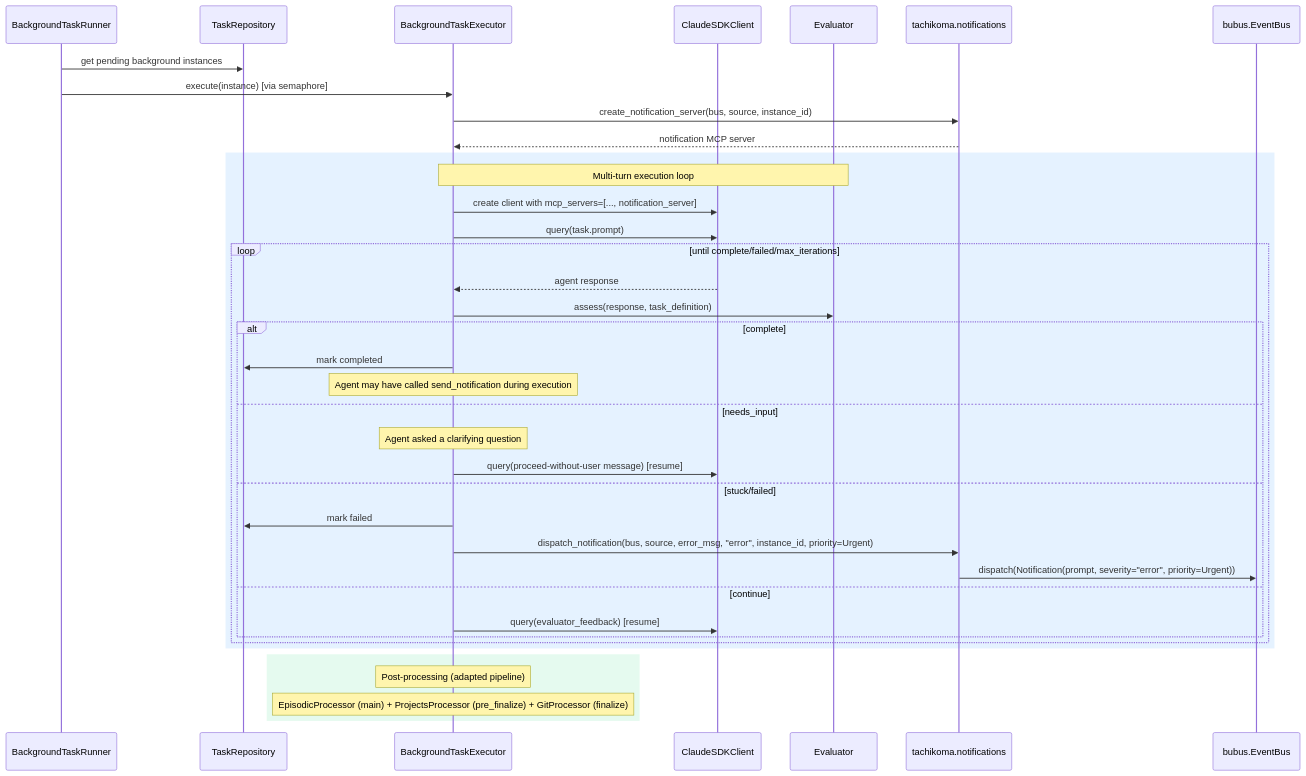
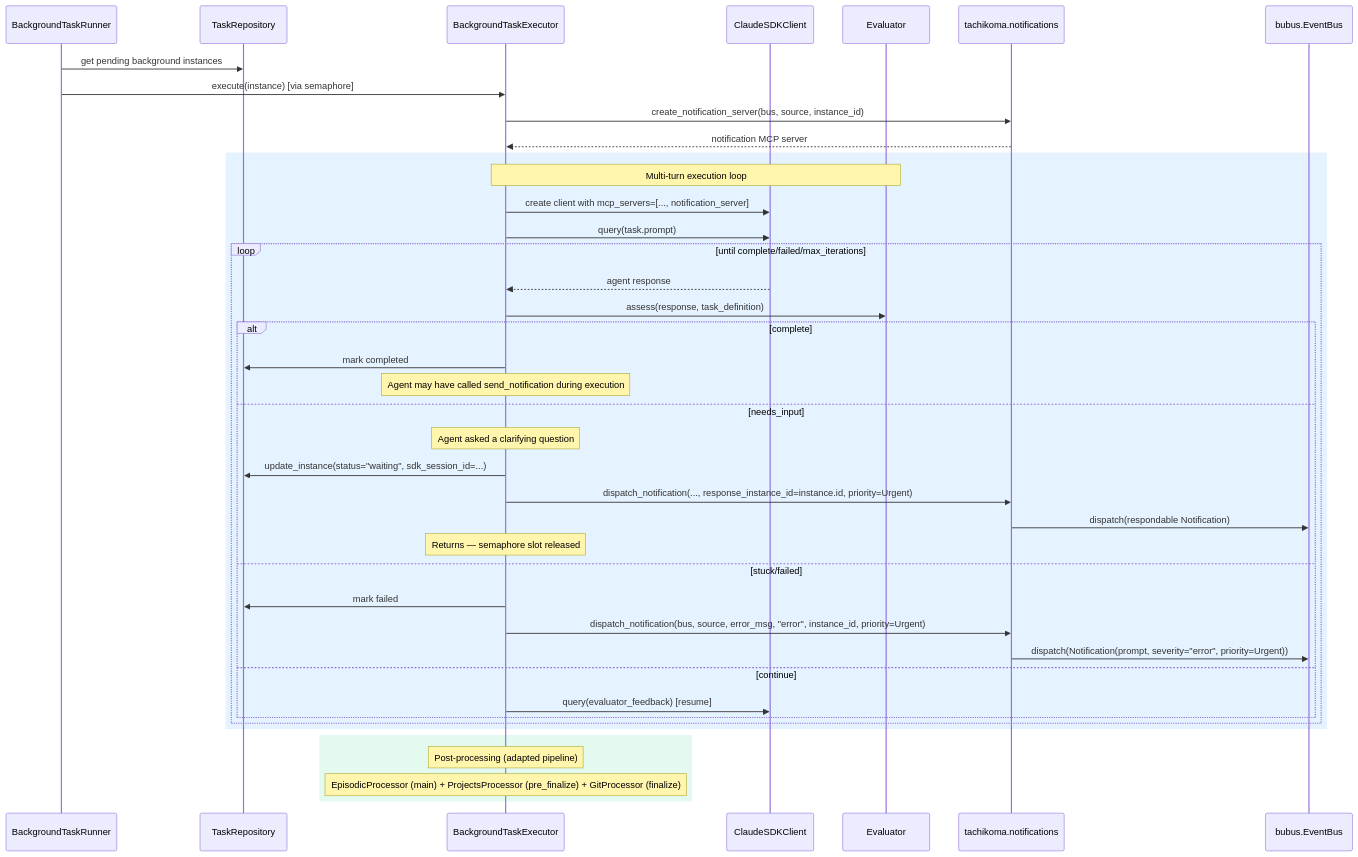
Before and after one commit to asermax/tachikoma: the first of 3 diagrams in docs/feature-designs/tasks/background-task-execution.md, drawn with Mermaid. The commit also changed other lines of this file and 6 other files, not shown here.

````diff
--- a/docs/feature-designs/tasks/background-task-execution.md
+++ b/docs/feature-designs/tasks/background-task-execution.md
@@ -64,43 +64,46 @@
 ```mermaid
 sequenceDiagram
     participant Runner as BackgroundTaskRunner
     participant Repo as TaskRepository
     participant Exec as BackgroundTaskExecutor
     participant SDK as ClaudeSDKClient
     participant Eval as Evaluator
     participant Notif as tachikoma.notifications
     participant Bus as bubus.EventBus
 
     Runner->>Repo: get pending background instances
     Runner->>Exec: execute(instance) [via semaphore]
     Exec->>Notif: create_notification_server(bus, source, instance_id)
     Notif-->>Exec: notification MCP server
 
     rect rgba(0, 128, 255, 0.1)
         Note over Exec,Eval: Multi-turn execution loop
         Exec->>SDK: create client with mcp_servers=[..., notification_server]
         Exec->>SDK: query(task.prompt)
         loop until complete/failed/max_iterations
             SDK-->>Exec: agent response
             Exec->>Eval: assess(response, task_definition)
             alt complete
                 Exec->>Repo: mark completed
                 Note over Exec: Agent may have called send_notification during execution
             else needs_input
                 Note over Exec: Agent asked a clarifying question
-                Exec->>SDK: query(proceed-without-user message) [resume]
+                Exec->>Repo: update_instance(status="waiting", sdk_session_id=...)
+                Exec->>Notif: dispatch_notification(..., response_instance_id=instance.id, priority=Urgent)
+                Notif->>Bus: dispatch(respondable Notification)
+                Note over Exec: Returns — semaphore slot released
             else stuck/failed
                 Exec->>Repo: mark failed
                 Exec->>Notif: dispatch_notification(bus, source, error_msg, "error", instance_id, priority=Urgent)
                 Notif->>Bus: dispatch(Notification(prompt, severity="error", priority=Urgent))
             else continue
                 Exec->>SDK: query(evaluator_feedback) [resume]
             end
         end
     end
 
     rect rgba(0, 200, 100, 0.1)
         Note over Exec: Post-processing (adapted pipeline)
         Note over Exec: EpisodicProcessor (main) + ProjectsProcessor (pre_finalize) + GitProcessor (finalize)
     end
 ```
````
